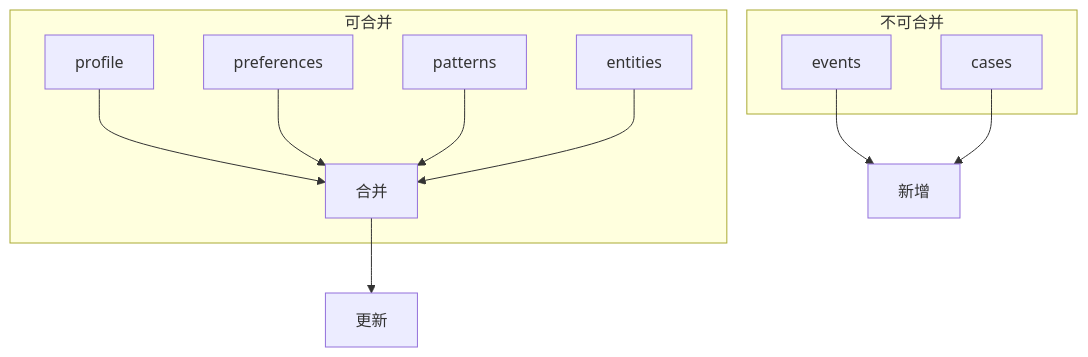
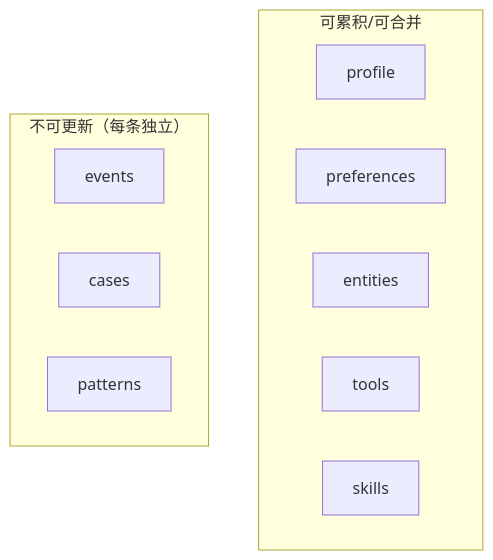
Before and after one commit to caicongyang/bloger: the fourth of 6 diagrams in openviking/05-上下文类型详解.md, drawn with Mermaid. The commit also changed other lines of this file and 10 other files, not shown here.

````diff
--- a/openviking/05-上下文类型详解.md
+++ b/openviking/05-上下文类型详解.md
@@ -202,18 +211,16 @@
 ```mermaid
 flowchart TD
-    subgraph Mergeable["可合并"]
-        P[profile] --> Merge[合并]
-        PF[preferences] --> Merge
-        PT[patterns] --> Merge
-        E[entities] --> Merge
+    subgraph Mergeable["可累积/可合并"]
+        P[profile]
+        PF[preferences]
+        E[entities]
+        T[tools]
+        SK[skills]
     end
-    
-    subgraph NotMergeable["不可合并"]
+
+    subgraph NotMergeable["不可更新（每条独立）"]
         EV[events]
         C[cases]
+        PT[patterns]
     end
-    
-    Merge --> Updated[更新]
-    EV --> New[新增]
-    C --> New
 ```
````
